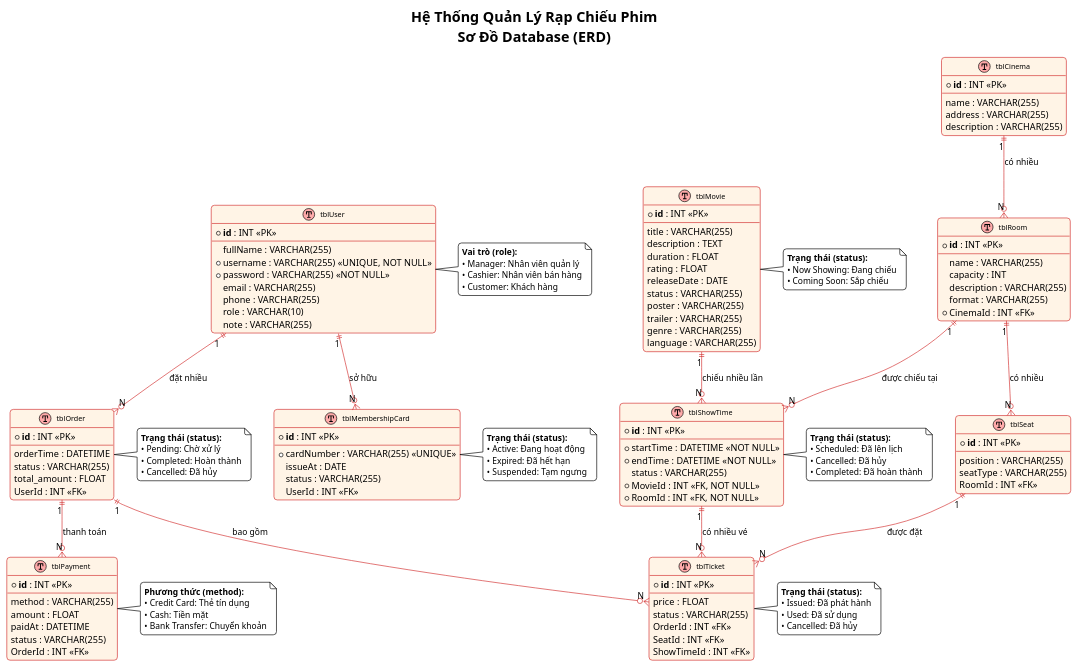
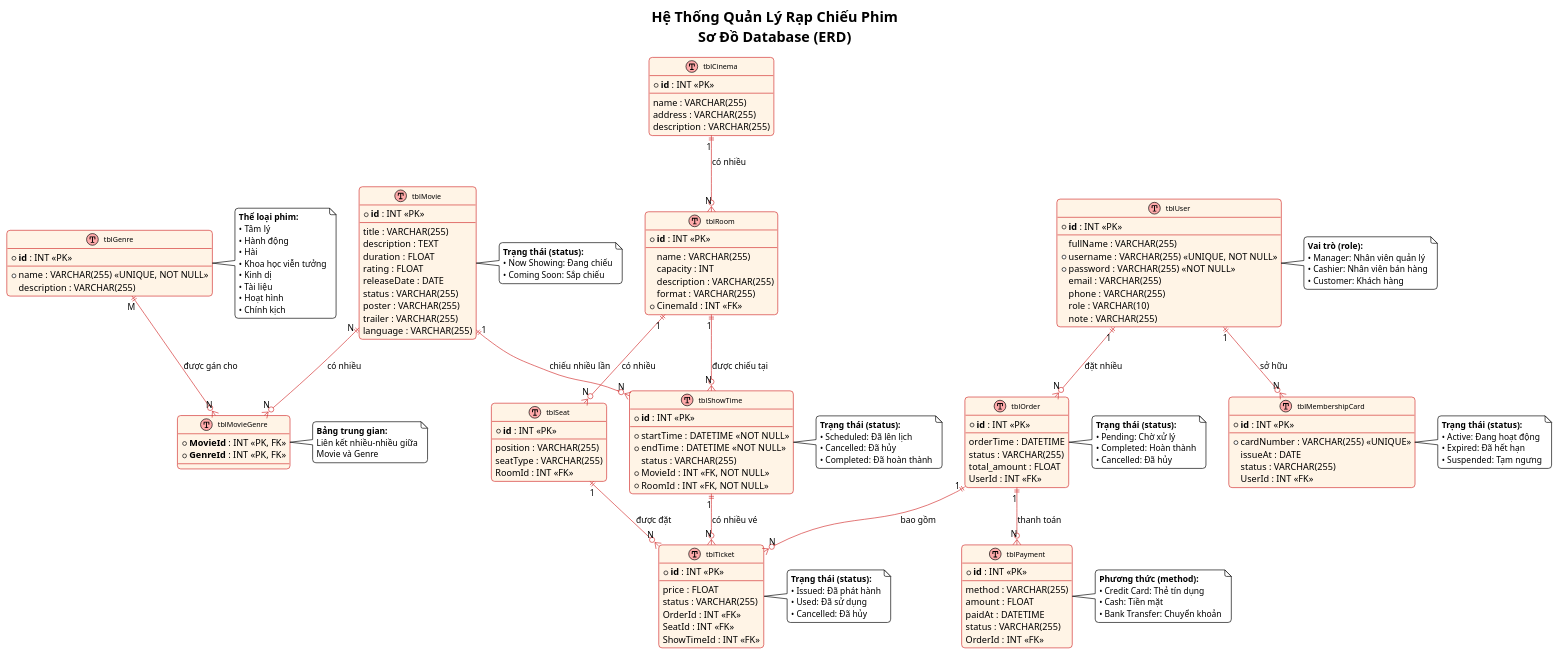
One commit to ProMeX04/Cinema changed the diagram in database/database-diagram-class.puml. Above: the diagram before and after it, drawn with PlantUML. The commit also changed 40 other files, not shown here.

```diff
--- a/database/database-diagram-class.puml
+++ b/database/database-diagram-class.puml
@@ -57,6 +57,16 @@
 }
 
 ' =====================================================
+' BẢNG GENRE - Thể loại phim
+' =====================================================
+class tblGenre << (T,#FFAAAA) >> {
+    + **id** : INT <<PK>>
+    --
+    + name : VARCHAR(255) <<UNIQUE, NOT NULL>>
+    description : VARCHAR(255)
+}
+
+' =====================================================
 ' BẢNG MOVIE - Thông tin phim
 ' =====================================================
 class tblMovie << (T,#FFAAAA) >> {
@@ -70,8 +80,15 @@
     status : VARCHAR(255)
     poster : VARCHAR(255)
     trailer : VARCHAR(255)
-    genre : VARCHAR(255)
     language : VARCHAR(255)
+}
+
+' =====================================================
+' BẢNG MOVIE_GENRE - Quan hệ nhiều-nhiều giữa Movie và Genre
+' =====================================================
+class tblMovieGenre << (T,#FFAAAA) >> {
+    + **MovieId** : INT <<PK, FK>>
+    + **GenreId** : INT <<PK, FK>>
 }
 
 ' =====================================================
@@ -164,6 +181,11 @@
 ' Room -> ShowTime (1:N)
 tblRoom "1" ||--o{ "N" tblShowTime : "được chiếu tại"
 
+' Movie <-> Genre (N:M) - Một phim có nhiều thể loại, một thể loại có nhiều phim
+' Quan hệ được thực hiện qua bảng trung gian Movie_Genre
+tblMovie "N" ||--o{ "N" tblMovieGenre : "có nhiều"
+tblGenre "M" ||--o{ "N" tblMovieGenre : "được gán cho"
+
 ' User -> Order (1:N)
 tblUser "1" ||--o{ "N" tblOrder : "đặt nhiều"
 
@@ -197,6 +219,24 @@
     <b>Trạng thái (status):</b>
     • Now Showing: Đang chiếu
     • Coming Soon: Sắp chiếu
+end note
+
+note right of tblGenre
+    <b>Thể loại phim:</b>
+    • Tâm lý
+    • Hành động
+    • Hài
+    • Khoa học viễn tưởng
+    • Kinh dị
+    • Tài liệu
+    • Hoạt hình
+    • Chính kịch
+end note
+
+note right of tblMovieGenre
+    <b>Bảng trung gian:</b>
+    Liên kết nhiều-nhiều giữa
+    Movie và Genre
 end note
 
 note right of tblShowTime
```
